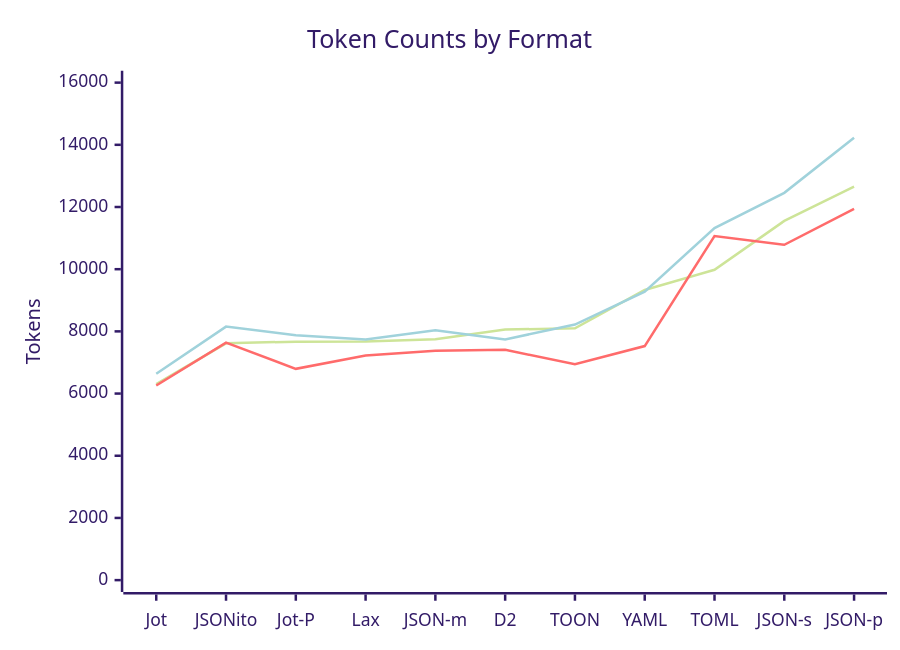
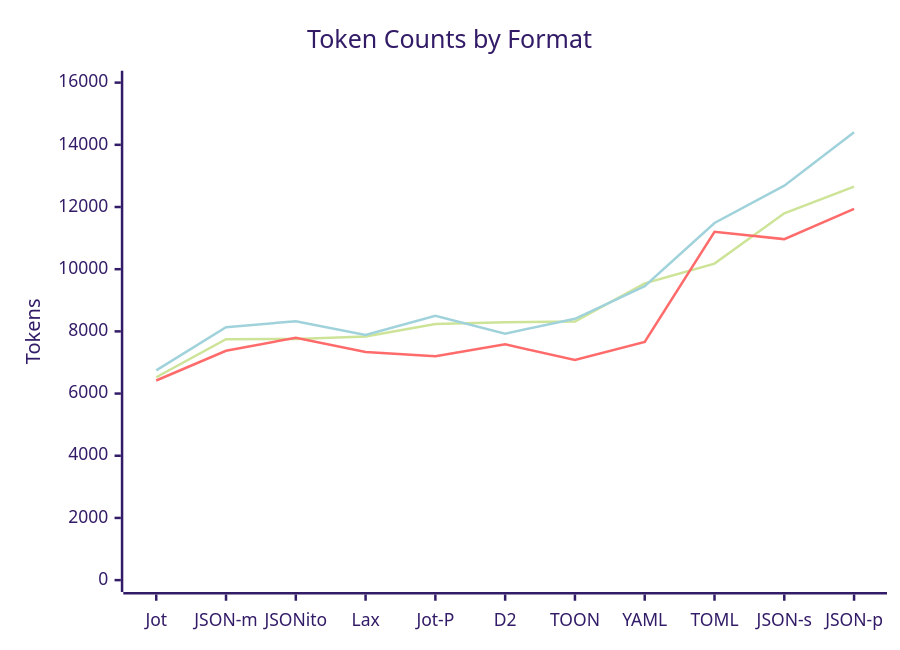
The diagram in encoding-formats/SUMMARY.md (creationix/agent-op-agent), drawn with Mermaid (forest theme) before and after one commit. The commit also changed other lines of this file and 10 other files, not shown here.

````diff
--- a/encoding-formats/SUMMARY.md
+++ b/encoding-formats/SUMMARY.md
@@ -24,9 +24,9 @@
 ```mermaid
 xychart-beta
     title "Token Counts by Format"
-    x-axis ["Jot", "JSONito", "Jot-P", "Lax", "JSON-m", "D2", "TOON", "YAML", "TOML", "JSON-s", "JSON-p"]
+    x-axis ["Jot", "JSON-m", "JSONito", "Lax", "Jot-P", "D2", "TOON", "YAML", "TOML", "JSON-s", "JSON-p"]
     y-axis "Tokens" 0 --> 16000
-    line "Qwen" [6305, 7615, 7670, 7678, 7748, 8059, 8098, 9330, 9980, 11553, 12656]
-    line "Legacy" [6258, 7640, 6795, 7225, 7377, 7406, 6942, 7528, 11068, 10786, 11937]
-    line "Claude" [6635, 8153, 7876, 7739, 8033, 7741, 8220, 9276, 11320, 12455, 14230]
+    line "Qwen" [6525, 7748, 7757, 7832, 8239, 8292, 8315, 9543, 10180, 11799, 12656]
+    line "Legacy" [6420, 7377, 7794, 7335, 7204, 7582, 7079, 7661, 11204, 10966, 11937]
+    line "Claude" [6747, 8132, 8327, 7881, 8500, 7928, 8405, 9456, 11485, 12687, 14403]
 ```
````
